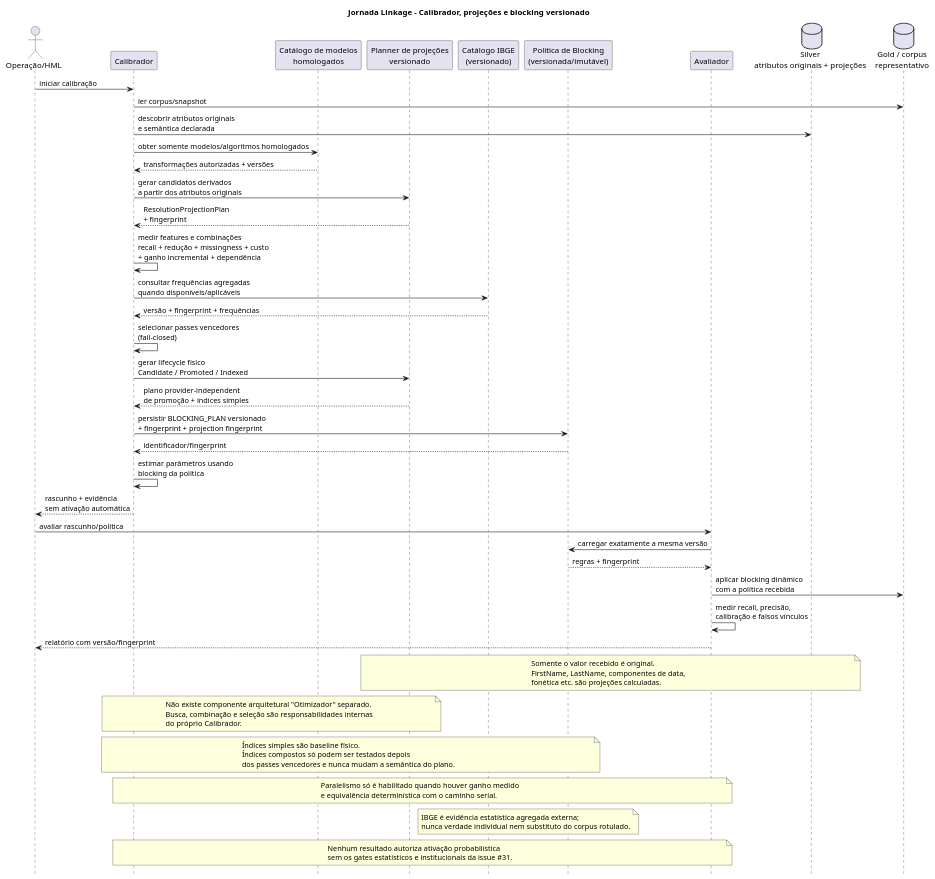
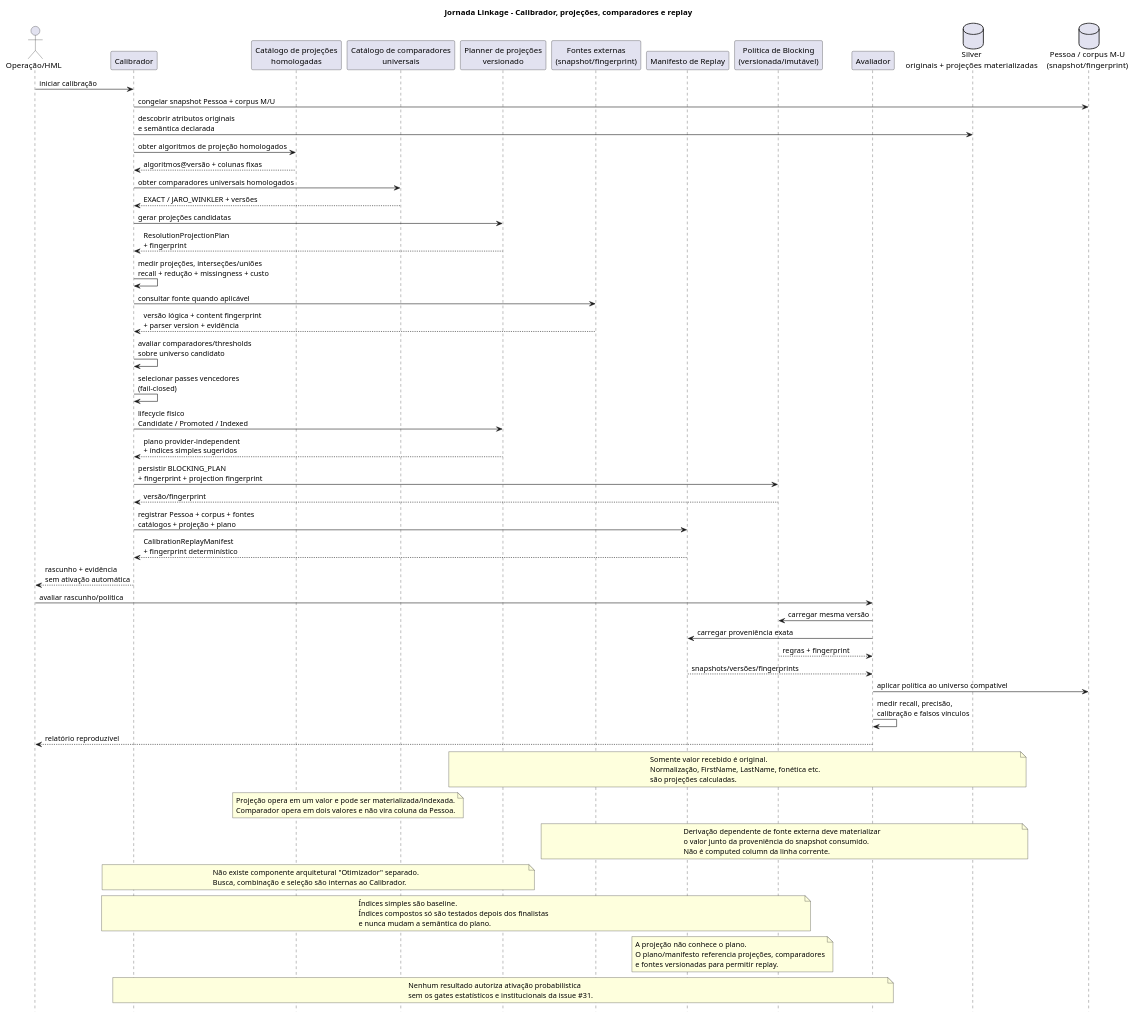
The diagram in Solution/docs/uml/Linkage_Dynamic_Blocking_Sequence.puml (lucianox777/Jornada), drawn with PlantUML before and after one commit.

Commit message:
docs(calibrador): add comparator and replay provenance to UML

```diff
--- a/Solution/docs/uml/Linkage_Dynamic_Blocking_Sequence.puml
+++ b/Solution/docs/uml/Linkage_Dynamic_Blocking_Sequence.puml
@@ -1,73 +1,87 @@
 @startuml
 hide footbox
-title Jornada Linkage - Calibrador, projeções e blocking versionado
+title Jornada Linkage - Calibrador, projeções, comparadores e replay
 
 actor "Operação/HML" as Ops
 participant "Calibrador" as Cal
-participant "Catálogo de modelos\nhomologados" as Catalog
+participant "Catálogo de projeções\nhomologadas" as ProjCatalog
+participant "Catálogo de comparadores\nuniversais" as CompCatalog
 participant "Planner de projeções\nversionado" as Projection
-participant "Catálogo IBGE\n(versionado)" as Ibge
+participant "Fontes externas\n(snapshot/fingerprint)" as External
+participant "Manifesto de Replay" as Replay
 participant "Política de Blocking\n(versionada/imutável)" as Policy
 participant "Avaliador" as Eval
-database "Silver\natributos originais + projeções" as Silver
-database "Gold / corpus\nrepresentativo" as Gold
+database "Silver\noriginais + projeções materializadas" as Silver
+database "Pessoa / corpus M-U\n(snapshot/fingerprint)" as Corpus
 
 Ops -> Cal : iniciar calibração
-Cal -> Gold : ler corpus/snapshot
+Cal -> Corpus : congelar snapshot Pessoa + corpus M/U
 Cal -> Silver : descobrir atributos originais\ne semântica declarada
-Cal -> Catalog : obter somente modelos/algoritmos homologados
-Catalog --> Cal : transformações autorizadas + versões
-Cal -> Projection : gerar candidatos derivados\na partir dos atributos originais
+Cal -> ProjCatalog : obter algoritmos de projeção homologados
+ProjCatalog --> Cal : algoritmos@versão + colunas fixas
+Cal -> CompCatalog : obter comparadores universais homologados
+CompCatalog --> Cal : EXACT / JARO_WINKLER + versões
+Cal -> Projection : gerar projeções candidatas
 Projection --> Cal : ResolutionProjectionPlan\n+ fingerprint
 
-Cal -> Cal : medir features e combinações\nrecall + redução + missingness + custo\n+ ganho incremental + dependência
-Cal -> Ibge : consultar frequências agregadas\nquando disponíveis/aplicáveis
-Ibge --> Cal : versão + fingerprint + frequências
+Cal -> Cal : medir projeções, interseções/uniões\nrecall + redução + missingness + custo
+Cal -> External : consultar fonte quando aplicável
+External --> Cal : versão lógica + content fingerprint\n+ parser version + evidência
+Cal -> Cal : avaliar comparadores/thresholds\nsobre universo candidato
 Cal -> Cal : selecionar passes vencedores\n(fail-closed)
-Cal -> Projection : gerar lifecycle físico\nCandidate / Promoted / Indexed
-Projection --> Cal : plano provider-independent\nde promoção + índices simples
-Cal -> Policy : persistir BLOCKING_PLAN versionado\n+ fingerprint + projection fingerprint
-Policy --> Cal : identificador/fingerprint
-Cal -> Cal : estimar parâmetros usando\nblocking da política
+Cal -> Projection : lifecycle físico\nCandidate / Promoted / Indexed
+Projection --> Cal : plano provider-independent\n+ índices simples sugeridos
+Cal -> Policy : persistir BLOCKING_PLAN\n+ fingerprint + projection fingerprint
+Policy --> Cal : versão/fingerprint
+Cal -> Replay : registrar Pessoa + corpus + fontes\ncatálogos + projeção + plano
+Replay --> Cal : CalibrationReplayManifest\n+ fingerprint determinístico
 Cal --> Ops : rascunho + evidência\nsem ativação automática
 
 Ops -> Eval : avaliar rascunho/política
-Eval -> Policy : carregar exatamente a mesma versão
+Eval -> Policy : carregar mesma versão
+Eval -> Replay : carregar proveniência exata
 Policy --> Eval : regras + fingerprint
-Eval -> Gold : aplicar blocking dinâmico\ncom a política recebida
+Replay --> Eval : snapshots/versões/fingerprints
+Eval -> Corpus : aplicar política ao universo compatível
 Eval -> Eval : medir recall, precisão,\ncalibração e falsos vínculos
-Eval --> Ops : relatório com versão/fingerprint
+Eval --> Ops : relatório reproduzível
 
 note over Silver,Projection
-Somente o valor recebido é original.
-FirstName, LastName, componentes de data,
-fonética etc. são projeções calculadas.
+Somente valor recebido é original.
+Normalização, FirstName, LastName, fonética etc.
+são projeções calculadas.
+end note
+
+note over ProjCatalog,CompCatalog
+Projeção opera em um valor e pode ser materializada/indexada.
+Comparador opera em dois valores e não vira coluna da Pessoa.
+end note
+
+note over External,Silver
+Derivação dependente de fonte externa deve materializar
+o valor junto da proveniência do snapshot consumido.
+Não é computed column da linha corrente.
 end note
 
 note over Cal,Projection
 Não existe componente arquitetural "Otimizador" separado.
-Busca, combinação e seleção são responsabilidades internas
-do próprio Calibrador.
+Busca, combinação e seleção são internas ao Calibrador.
 end note
 
 note over Cal,Policy
-Índices simples são baseline físico.
-Índices compostos só podem ser testados depois
-dos passes vencedores e nunca mudam a semântica do plano.
+Índices simples são baseline.
+Índices compostos só são testados depois dos finalistas
+e nunca mudam a semântica do plano.
 end note
 
-note over Cal,Eval
-Paralelismo só é habilitado quando houver ganho medido
-e equivalência determinística com o caminho serial.
-end note
-
-note over Ibge,Policy
-IBGE é evidência estatística agregada externa;
-nunca verdade individual nem substituto do corpus rotulado.
+note over Replay,Policy
+A projeção não conhece o plano.
+O plano/manifesto referencia projeções, comparadores
+e fontes versionadas para permitir replay.
 end note
 
 note over Cal,Eval
 Nenhum resultado autoriza ativação probabilística
 sem os gates estatísticos e institucionais da issue #31.
 end note
 @enduml
```
